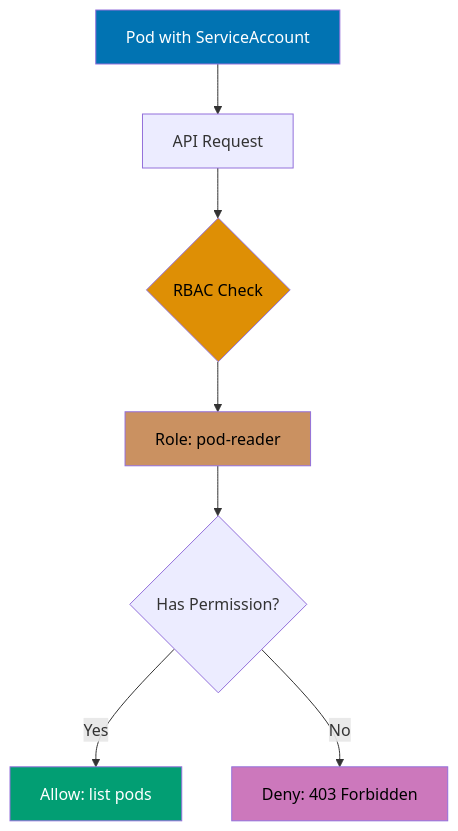
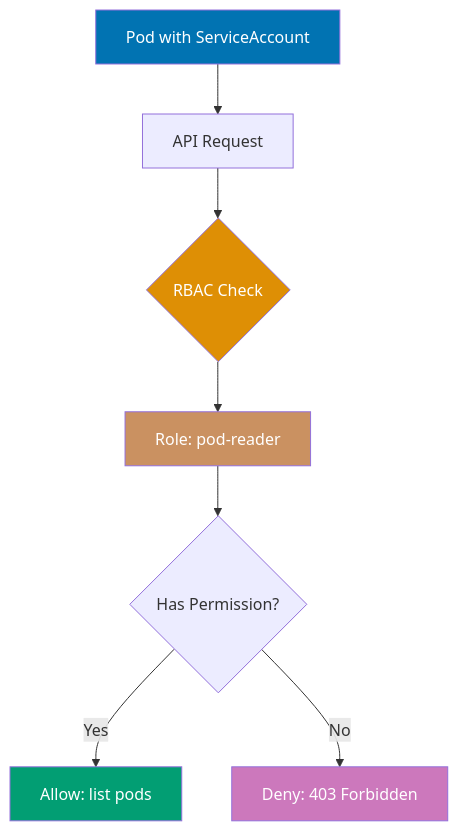
One commit to wahidyankf/open-sharia-enterprise changed the first of 14 diagrams in apps/ayokoding-web/content/en/learn/software-engineering/infrastructure/tools/kubernetes/by-example/advanced.md. Above: the diagram before and after it, drawn with Mermaid. The commit also changed other lines of this file and 61 other files, not shown here.

First line of the commit message:
fix(ayokoding-web): quote Mermaid node labels with special characters in Example 63

````diff
--- a/apps/ayokoding-web/content/en/learn/software-engineering/infrastructure/tools/kubernetes/by-example/advanced.md
+++ b/apps/ayokoding-web/content/en/learn/software-engineering/infrastructure/tools/kubernetes/by-example/advanced.md
@@ -34,16 +34,16 @@
 ```mermaid
 %% RBAC authorization flow
 graph TD
     A[Pod with ServiceAccount] --> B[API Request]
     B --> C{RBAC Check}
     C --> D[Role: pod-reader]
     D --> E{Has Permission?}
     E -->|Yes| F[Allow: list pods]
     E -->|No| G[Deny: 403 Forbidden]
 
     style A fill:#0173B2,color:#fff
-    style C fill:#DE8F05,color:#000
-    style D fill:#CA9161,color:#000
+    style C fill:#DE8F05,color:#fff
+    style D fill:#CA9161,color:#fff
     style F fill:#029E73,color:#fff
-    style G fill:#CC78BC,color:#000
+    style G fill:#CC78BC,color:#fff
 ```
````
